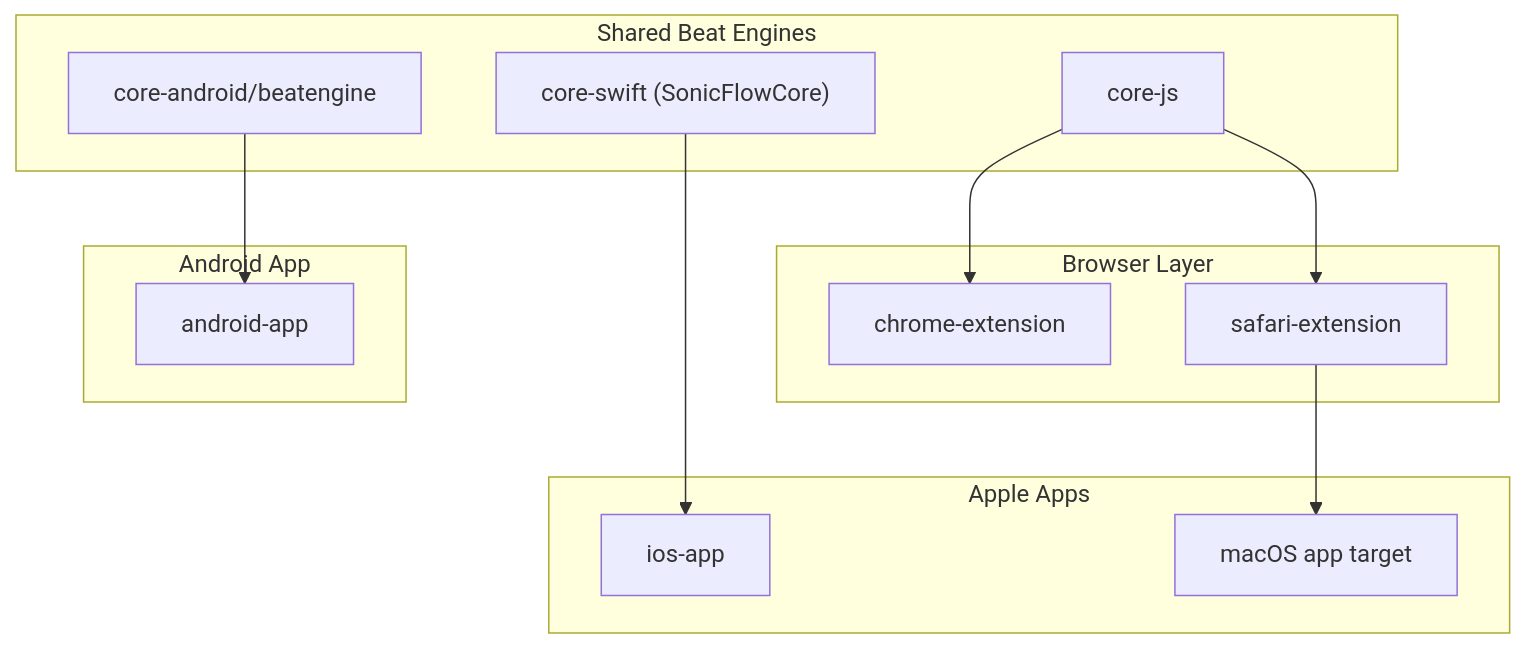
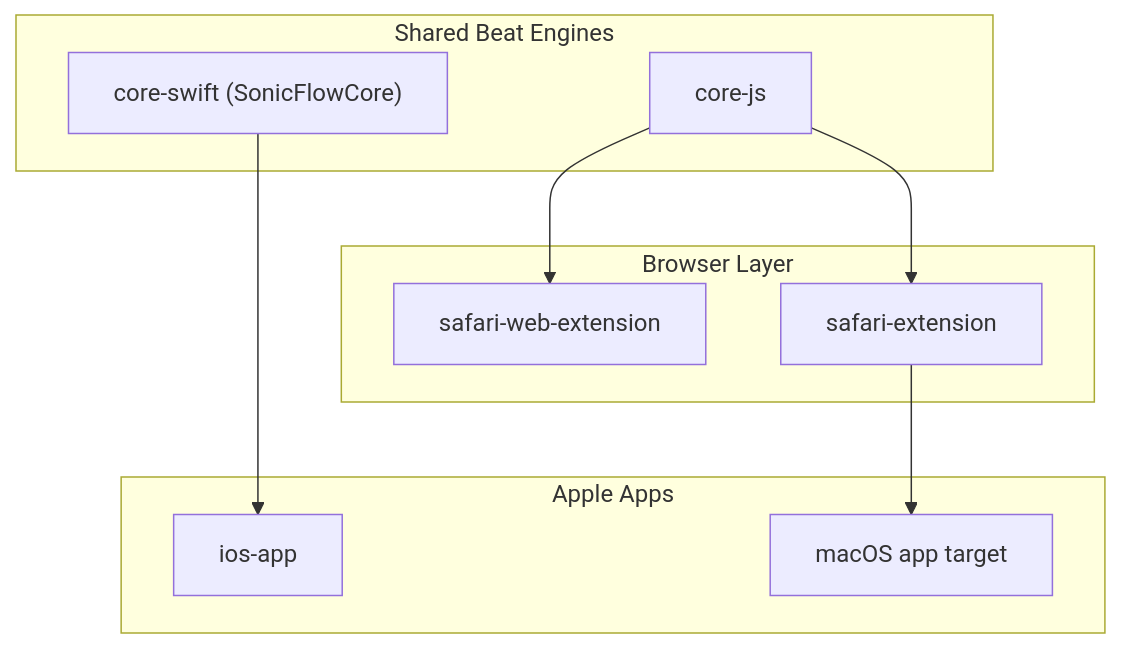
Before and after one commit to leopardcodeai/sonicflow_app: the first of 2 diagrams in docs/architecture/system-overview.md, drawn with Mermaid. The commit also changed other lines of this file and 49 other files, not shown here.

````diff
--- a/docs/architecture/system-overview.md
+++ b/docs/architecture/system-overview.md
@@ -7,28 +7,22 @@
 ```mermaid
 flowchart TB
     subgraph Shared["Shared Beat Engines"]
         JS["core-js"]
         SW["core-swift (SonicFlowCore)"]
-        KT["core-android/beatengine"]
     end
 
     subgraph Browser["Browser Layer"]
-        CH["chrome-extension"]
+        CH["safari-web-extension"]
         SAF["safari-extension"]
     end
 
     subgraph Apple["Apple Apps"]
         IOS["ios-app"]
         MAC["macOS app target"]
     end
 
-    subgraph Android["Android App"]
-        APP["android-app"]
-    end
-
     JS --> CH
     JS --> SAF
     SW --> IOS
     SAF --> MAC
-    KT --> APP
 ```
````
